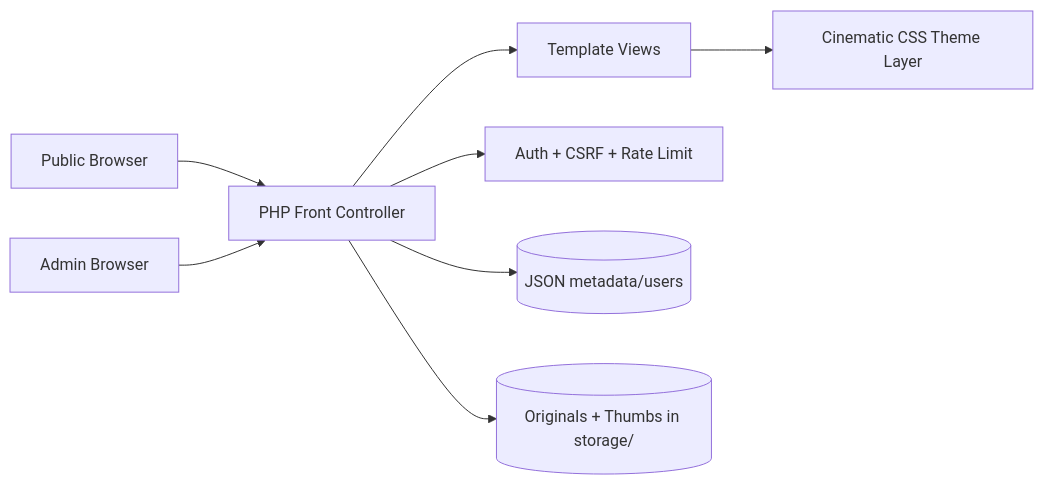
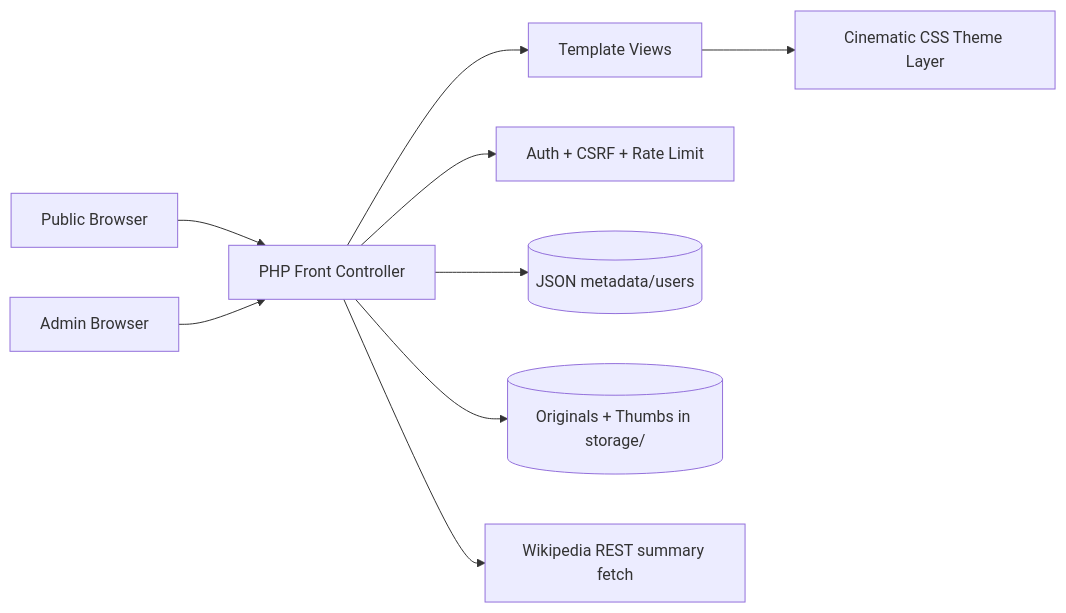
The third of 3 diagrams in README.md (smeird/images), drawn with Mermaid before and after one commit. The commit also changed other lines of this file and 6 other files, not shown here.

````diff
--- a/README.md
+++ b/README.md
@@ -134,10 +141,11 @@
 ```mermaid
 graph LR
   U[Public Browser] --> APP[PHP Front Controller]
   A[Admin Browser] --> APP
   APP --> VIEWS[Template Views]
   VIEWS --> THEME[Cinematic CSS Theme Layer]
   APP --> SEC[Auth + CSRF + Rate Limit]
   APP --> DATA[(JSON metadata/users)]
   APP --> IMG[(Originals + Thumbs in storage/)]
+  APP --> WIKI[Wikipedia REST summary fetch]
 ```
````
